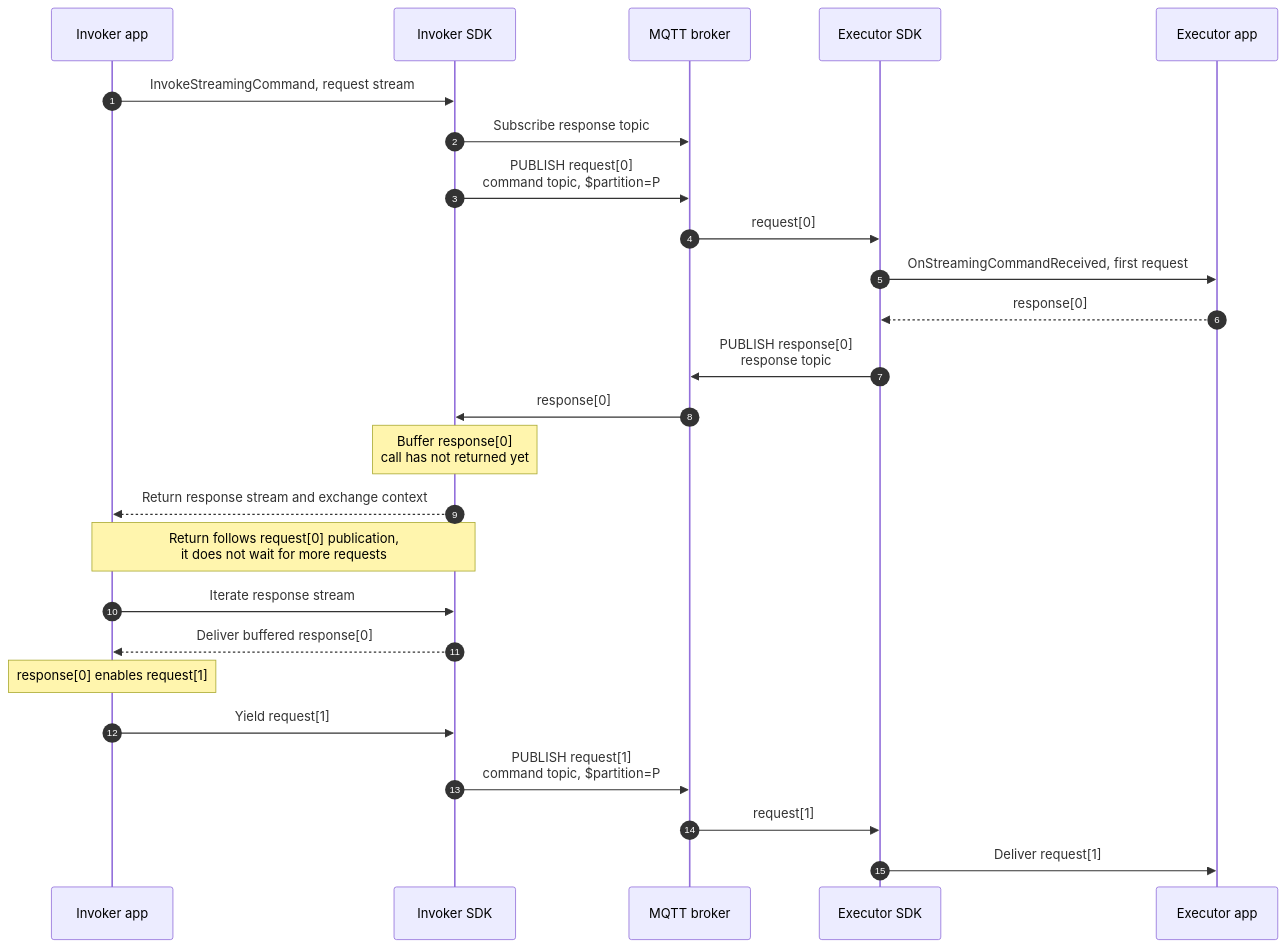
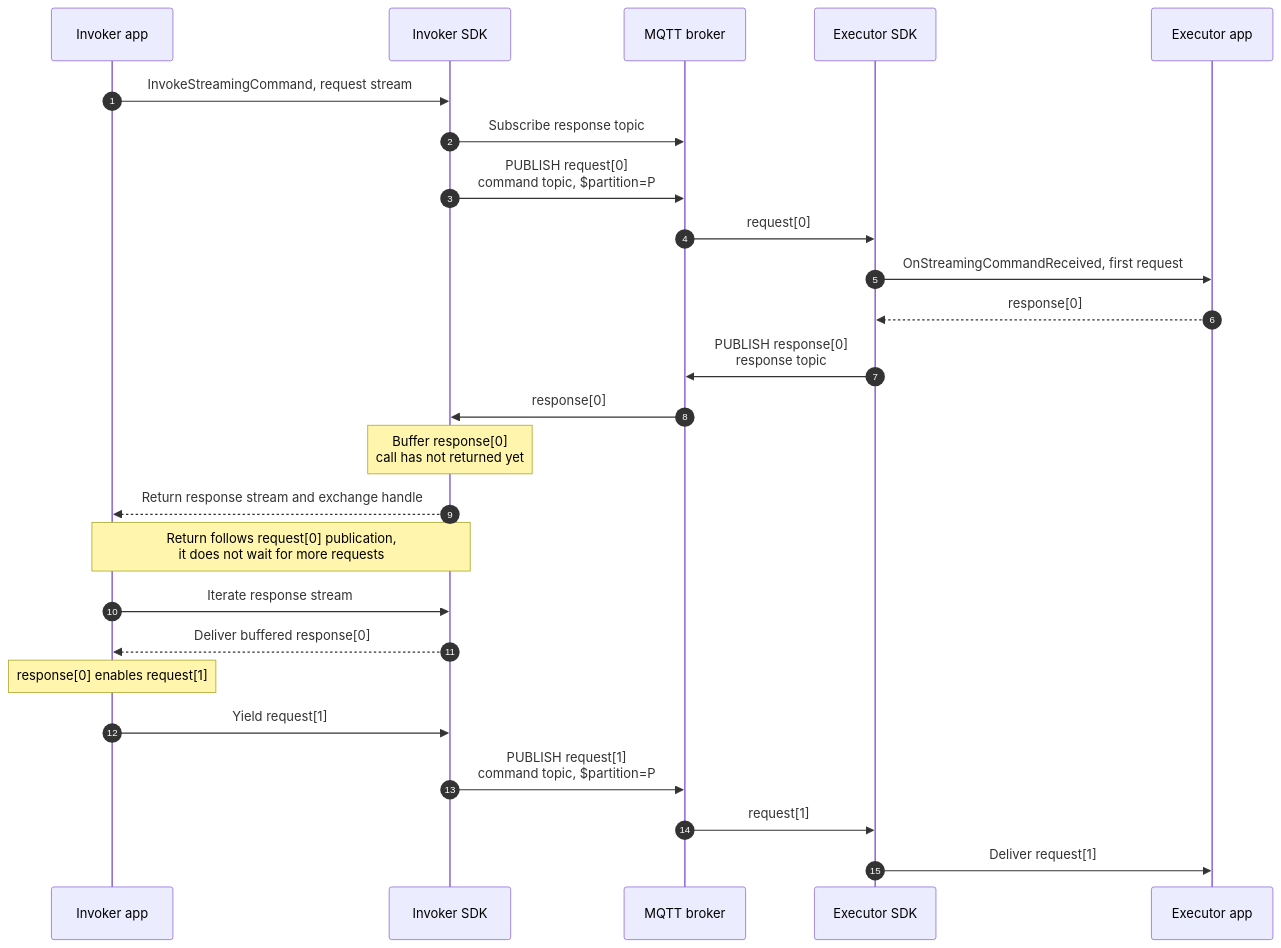
The second of 10 diagrams in doc/dev/adr/0025-rpc-streaming-lifecycle-diagrams.md (Azure/iot-operations-sdks), drawn with Mermaid before and after one commit. The commit also changed other lines of this file, not shown here.

Commit message:
refine terminology and clarify stream handling in RPC streaming documentation

````diff
--- a/doc/dev/adr/0025-rpc-streaming-lifecycle-diagrams.md
+++ b/doc/dev/adr/0025-rpc-streaming-lifecycle-diagrams.md
@@ -51,28 +51,28 @@
 ```mermaid
 sequenceDiagram
     autonumber
     participant IA as Invoker app
     participant IS as Invoker SDK
     participant B as MQTT broker
     participant ES as Executor SDK
     participant EA as Executor app
 
     IA->>IS: InvokeStreamingCommand, request stream
     IS->>B: Subscribe response topic
     IS->>B: PUBLISH request[0]<br/>command topic, $partition=P
     B->>ES: request[0]
     ES->>EA: OnStreamingCommandReceived, first request
     EA-->>ES: response[0]
     ES->>B: PUBLISH response[0]<br/>response topic
     B->>IS: response[0]
     Note over IS: Buffer response[0]<br/>call has not returned yet
-    IS-->>IA: Return response stream and exchange context
+    IS-->>IA: Return response stream and exchange handle
     Note over IA,IS: Return follows request[0] publication,<br/>it does not wait for more requests
     IA->>IS: Iterate response stream
     IS-->>IA: Deliver buffered response[0]
     Note over IA: response[0] enables request[1]
     IA->>IS: Yield request[1]
     IS->>B: PUBLISH request[1]<br/>command topic, $partition=P
     B->>ES: request[1]
     ES->>EA: Deliver request[1]
 ```
````
